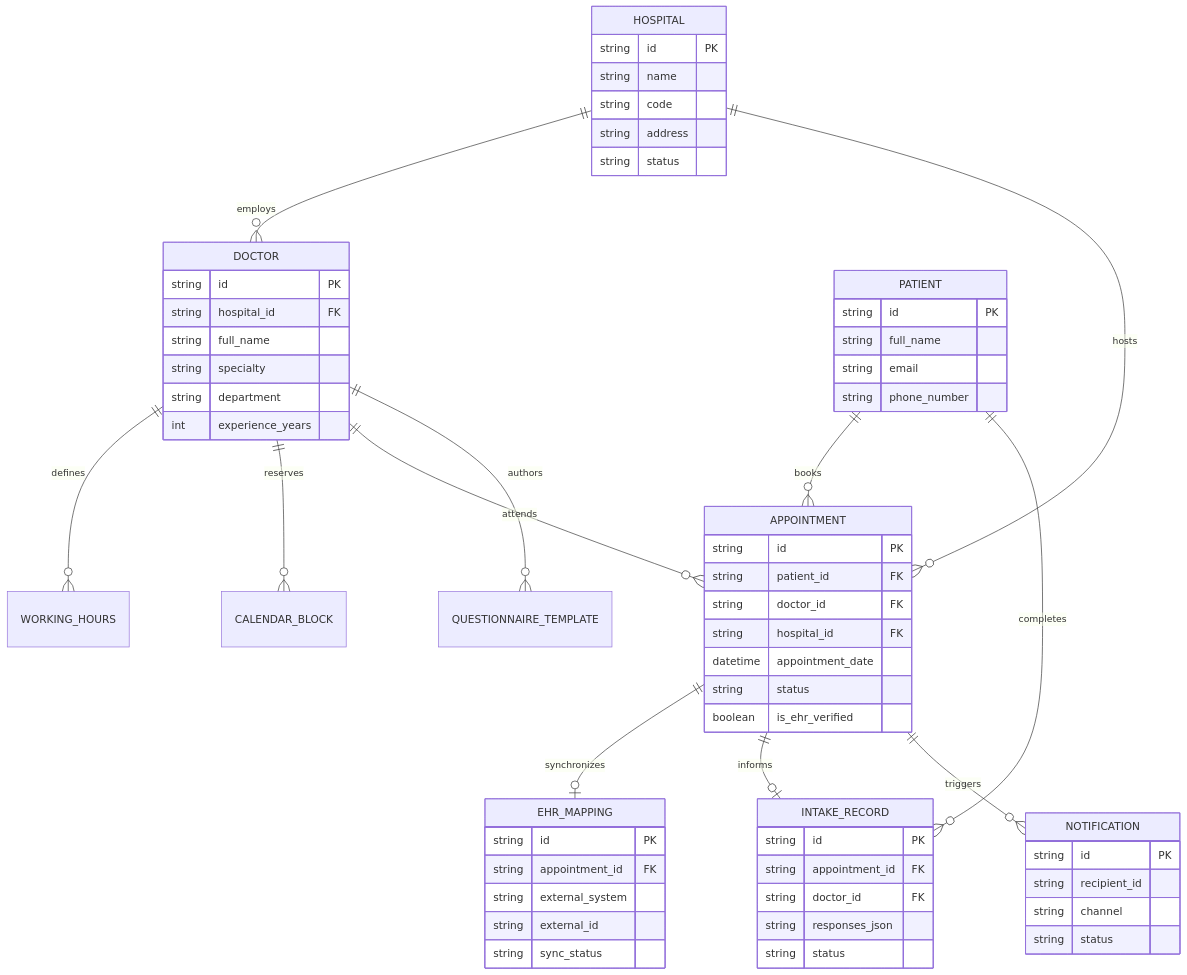
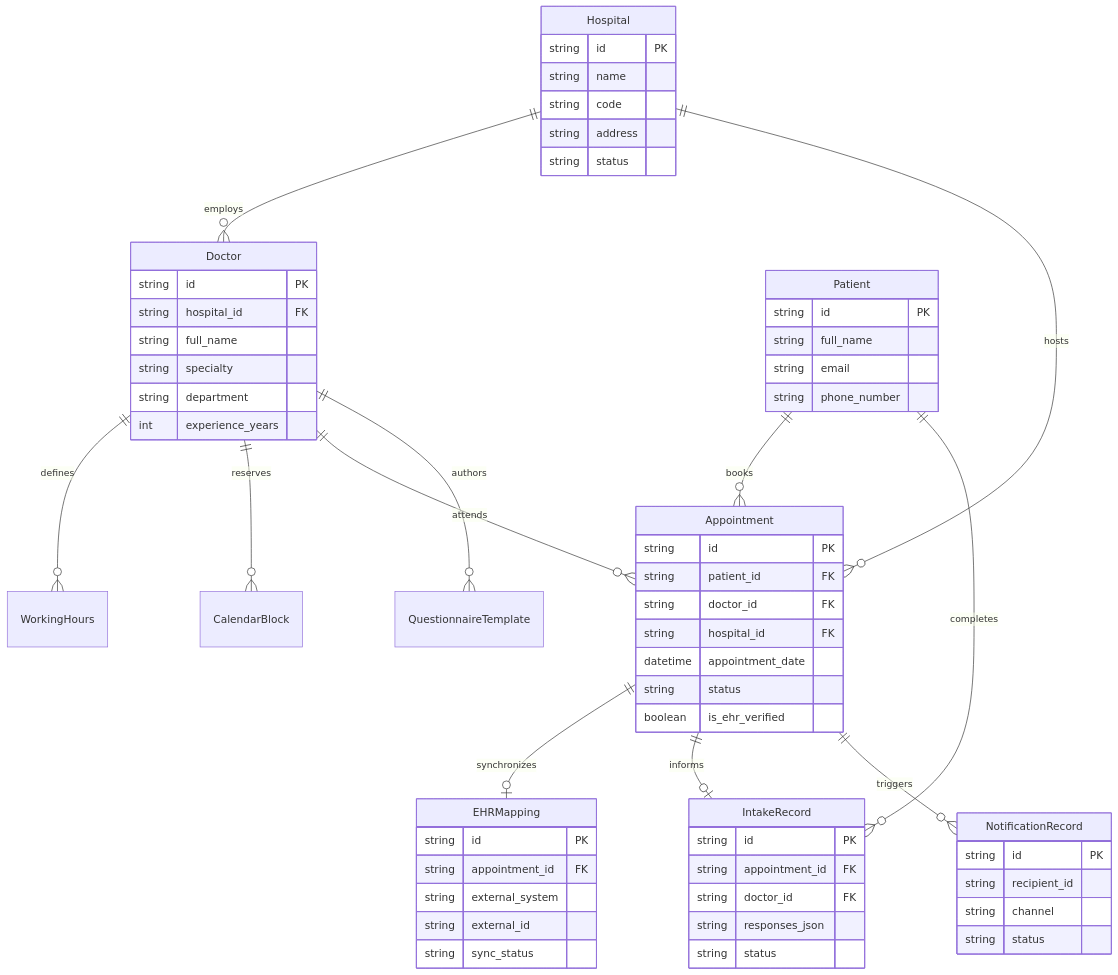
Before and after one commit to Gunjapalle-Suma-Bhavya/MultiHospital_VoiceAgent: the third of 4 diagrams in ARCHITECTURE.md, drawn with Mermaid. The commit also changed other lines of this file and 2 other files, not shown here.

First line of the commit message:
docs: fix Mermaid diagram syntax errors in ARCHITECTURE.md and update AI docs

````diff
--- a/ARCHITECTURE.md
+++ b/ARCHITECTURE.md
@@ -230,65 +274,65 @@
 ```mermaid
 erDiagram
-    HOSPITAL ||--o{ DOCTOR : employs
-    HOSPITAL ||--o{ APPOINTMENT : hosts
-    DOCTOR ||--o{ WORKING_HOURS : defines
-    DOCTOR ||--o{ CALENDAR_BLOCK : reserves
-    DOCTOR ||--o{ APPOINTMENT : attends
-    DOCTOR ||--o{ QUESTIONNAIRE_TEMPLATE : authors
-    PATIENT ||--o{ APPOINTMENT : books
-    PATIENT ||--o{ INTAKE_RECORD : completes
-    APPOINTMENT ||--o| EHR_MAPPING : synchronizes
-    APPOINTMENT ||--o| INTAKE_RECORD : informs
-    APPOINTMENT ||--o{ NOTIFICATION : triggers
+    Hospital ||--o{ Doctor : employs
+    Hospital ||--o{ Appointment : hosts
+    Doctor ||--o{ WorkingHours : defines
+    Doctor ||--o{ CalendarBlock : reserves
+    Doctor ||--o{ Appointment : attends
+    Doctor ||--o{ QuestionnaireTemplate : authors
+    Patient ||--o{ Appointment : books
+    Patient ||--o{ IntakeRecord : completes
+    Appointment ||--o| EHRMapping : synchronizes
+    Appointment ||--o| IntakeRecord : informs
+    Appointment ||--o{ NotificationRecord : triggers
 
-    HOSPITAL {
+    Hospital {
         string id PK
         string name
         string code
         string address
         string status
     }
-    DOCTOR {
+    Doctor {
         string id PK
         string hospital_id FK
         string full_name
         string specialty
         string department
         int experience_years
     }
-    PATIENT {
+    Patient {
         string id PK
         string full_name
         string email
         string phone_number
     }
-    APPOINTMENT {
+    Appointment {
         string id PK
         string patient_id FK
         string doctor_id FK
         string hospital_id FK
         datetime appointment_date
         string status
         boolean is_ehr_verified
     }
-    EHR_MAPPING {
+    EHRMapping {
         string id PK
         string appointment_id FK
         string external_system
         string external_id
         string sync_status
     }
-    INTAKE_RECORD {
+    IntakeRecord {
         string id PK
         string appointment_id FK
         string doctor_id FK
         string responses_json
         string status
     }
-    NOTIFICATION {
+    NotificationRecord {
         string id PK
         string recipient_id
         string channel
         string status
     }
 ```
````
